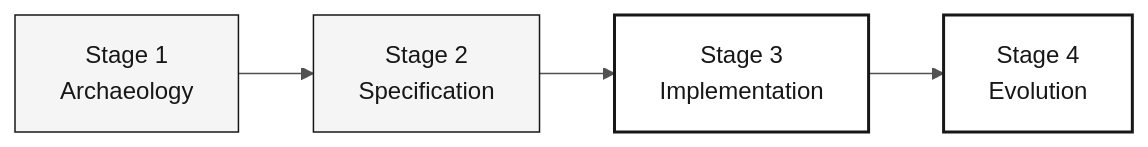
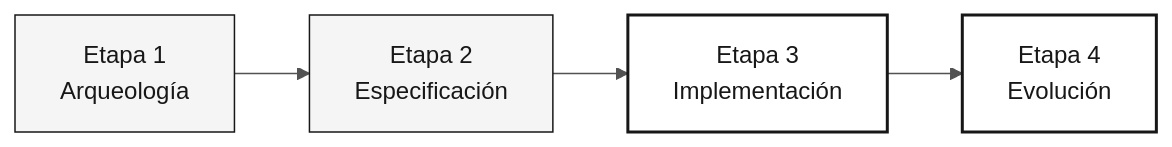
Before and after one commit to paulasilvatech/datacorp-sifap-team-kit-pt-br: the diagram in 05-personas/08-qa-engineer/PERSONA.md, drawn with Mermaid. The commit also changed other lines of this file and 386 other files, not shown here.

````diff
--- a/05-personas/08-qa-engineer/PERSONA.md
+++ b/05-personas/08-qa-engineer/PERSONA.md
@@ -30,10 +30,10 @@
 ```mermaid
 %%{init: {'theme':'neutral','themeVariables':{'fontFamily':'ui-sans-serif, system-ui, sans-serif','primaryColor':'#F5F5F5','primaryTextColor':'#171717','primaryBorderColor':'#171717','lineColor':'#525252','secondaryColor':'#FFFFFF','tertiaryColor':'#FAFAFA','background':'#FFFFFF'}}}%%
 flowchart LR
     classDef step fill:#F5F5F5,stroke:#171717,color:#171717
     classDef active fill:#FFFFFF,stroke:#171717,color:#171717,stroke-width:2px
     classDef muted fill:#FAFAFA,stroke:#A3A3A3,color:#404040
-    S1["Stage 1<br/>Archaeology"]:::step --> S2["Stage 2<br/>Specification"]:::step
-    S2 --> S3["Stage 3<br/>Implementation"]:::active
-    S3 --> S4["Stage 4<br/>Evolution"]:::active
+    S1["Etapa 1<br/>Arqueología"]:::step --> S2["Etapa 2<br/>Especificación"]:::step
+    S2 --> S3["Etapa 3<br/>Implementación"]:::active
+    S3 --> S4["Etapa 4<br/>Evolución"]:::active
 ```
````
